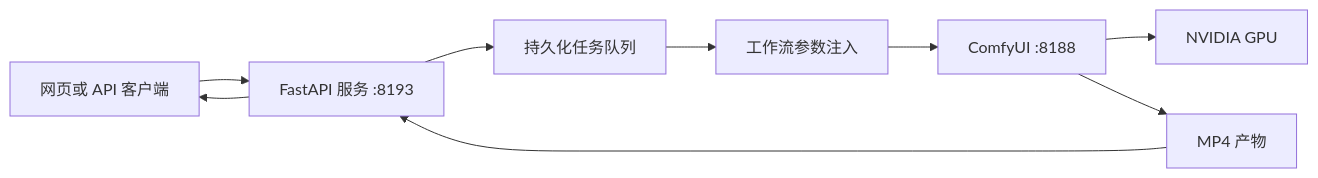
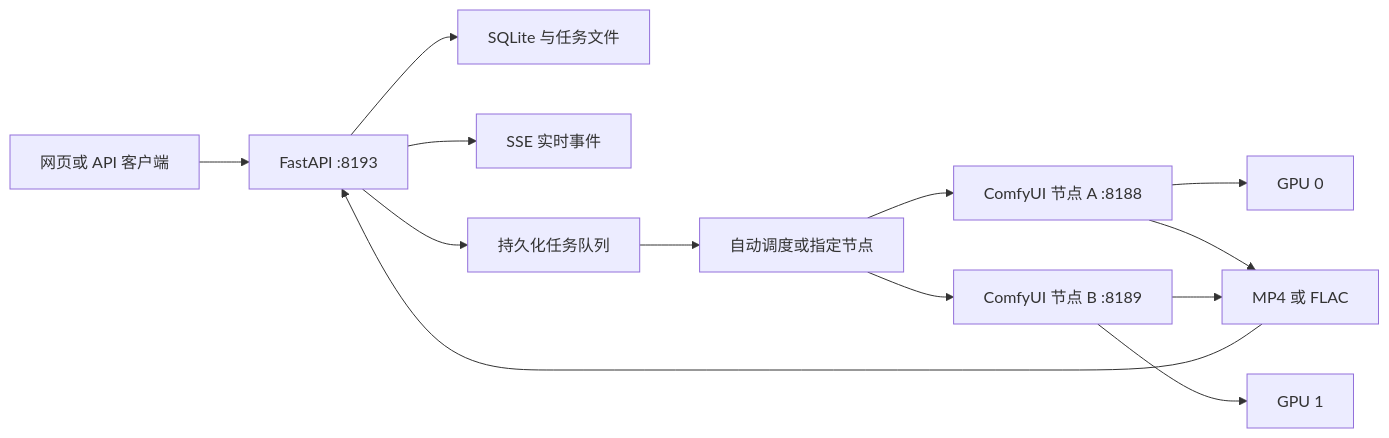
The diagram in README.md (SekiyoKana/minimax-studio-webui), drawn with Mermaid before and after one commit. The commit also changed other lines of this file and 27 other files, not shown here.

````diff
--- a/README.md
+++ b/README.md
@@ -43,11 +118,15 @@
 ```mermaid
 flowchart LR
-    U["网页或 API 客户端"] --> A["FastAPI 服务 :8193"]
+    U["网页或 API 客户端"] --> A["FastAPI :8193"]
+    A --> D["SQLite 与任务文件"]
+    A --> S["SSE 实时事件"]
     A --> Q["持久化任务队列"]
-    Q --> E["工作流参数注入"]
-    E --> C["ComfyUI :8188"]
-    C --> G["NVIDIA GPU"]
-    C --> O["MP4 产物"]
+    Q --> L["自动调度或指定节点"]
+    L --> C1["ComfyUI 节点 A :8188"]
+    L --> C2["ComfyUI 节点 B :8189"]
+    C1 --> G1["GPU 0"]
+    C2 --> G2["GPU 1"]
+    C1 --> O["MP4 或 FLAC"]
+    C2 --> O
     O --> A
-    A --> U
 ```
````
